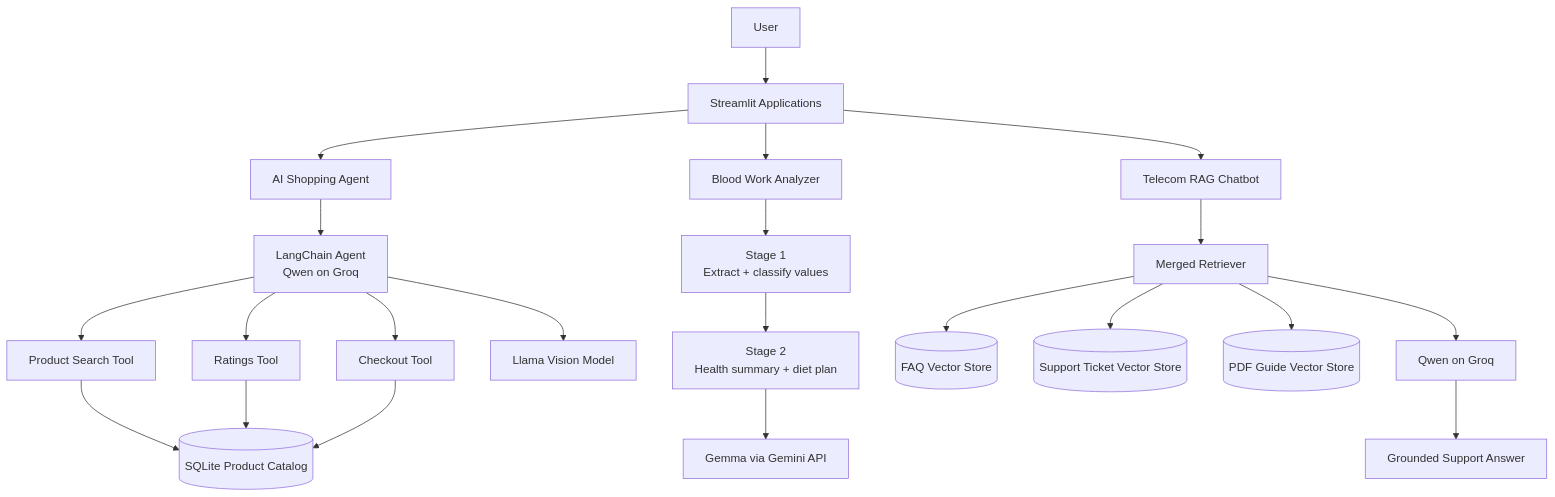
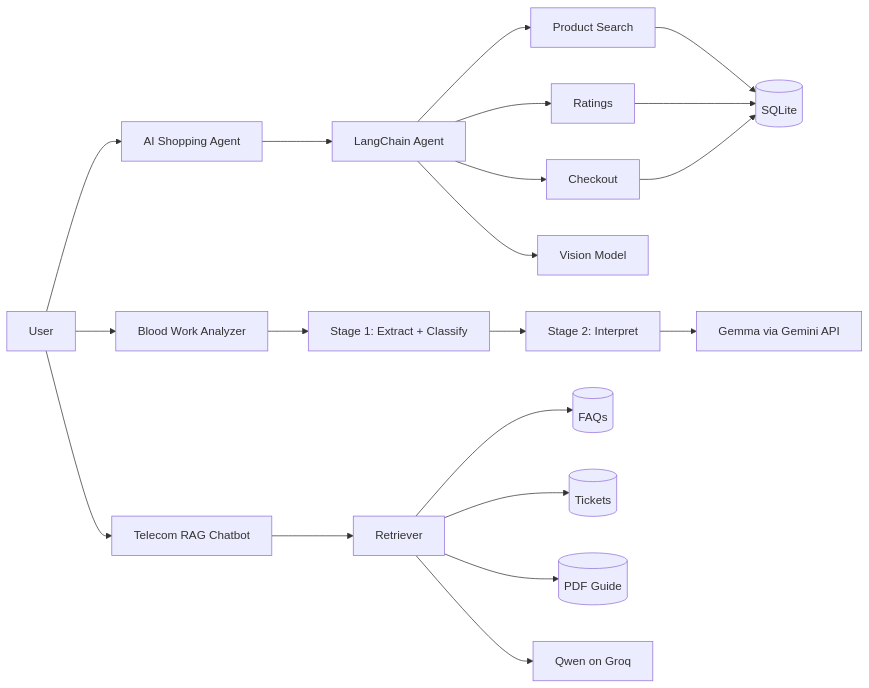
Before and after one commit to chaitanya4595-afk/agentic-ai-projects: the first of 2 diagrams in README.md, drawn with Mermaid. The commit also changed other lines of this file, not shown here.

````diff
--- a/README.md
+++ b/README.md
@@ -37,28 +18,25 @@
 ```mermaid
-flowchart TB
-    USER[User] --> UI[Streamlit Applications]
+flowchart LR
+    U[User] --> S[AI Shopping Agent]
+    U --> B[Blood Work Analyzer]
+    U --> R[Telecom RAG Chatbot]
 
-    UI --> SHOP[AI Shopping Agent]
-    UI --> BLOOD[Blood Work Analyzer]
-    UI --> RAG[Telecom RAG Chatbot]
+    S --> A[LangChain Agent]
+    A --> T1[Product Search]
+    A --> T2[Ratings]
+    A --> T3[Checkout]
+    A --> V[Vision Model]
+    T1 --> DB1[(SQLite)]
+    T2 --> DB1
+    T3 --> DB1
 
-    SHOP --> AGENT[LangChain Agent\nQwen on Groq]
-    AGENT --> SEARCH[Product Search Tool]
-    AGENT --> RATINGS[Ratings Tool]
-    AGENT --> CHECKOUT[Checkout Tool]
-    AGENT --> VISION[Llama Vision Model]
-    SEARCH --> STORE[(SQLite Product Catalog)]
-    RATINGS --> STORE
-    CHECKOUT --> STORE
+    B --> E[Stage 1: Extract + Classify]
+    E --> I[Stage 2: Interpret]
+    I --> G[Gemma via Gemini API]
 
-    BLOOD --> EXTRACT[Stage 1\nExtract + classify values]
-    EXTRACT --> INTERPRET[Stage 2\nHealth summary + diet plan]
-    INTERPRET --> GEMMA[Gemma via Gemini API]
-
-    RAG --> RETRIEVER[Merged Retriever]
-    RETRIEVER --> FAQ[(FAQ Vector Store)]
-    RETRIEVER --> TICKETS[(Support Ticket Vector Store)]
-    RETRIEVER --> GUIDE[(PDF Guide Vector Store)]
-    RETRIEVER --> QWEN[Qwen on Groq]
-    QWEN --> ANSWER[Grounded Support Answer]
+    R --> RET[Retriever]
+    RET --> FAQ[(FAQs)]
+    RET --> TIX[(Tickets)]
+    RET --> PDF[(PDF Guide)]
+    RET --> LLM[Qwen on Groq]
 ```
````
